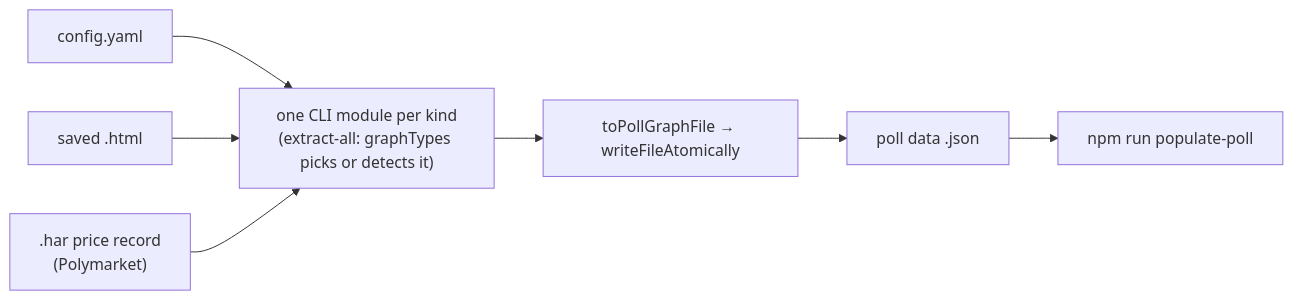
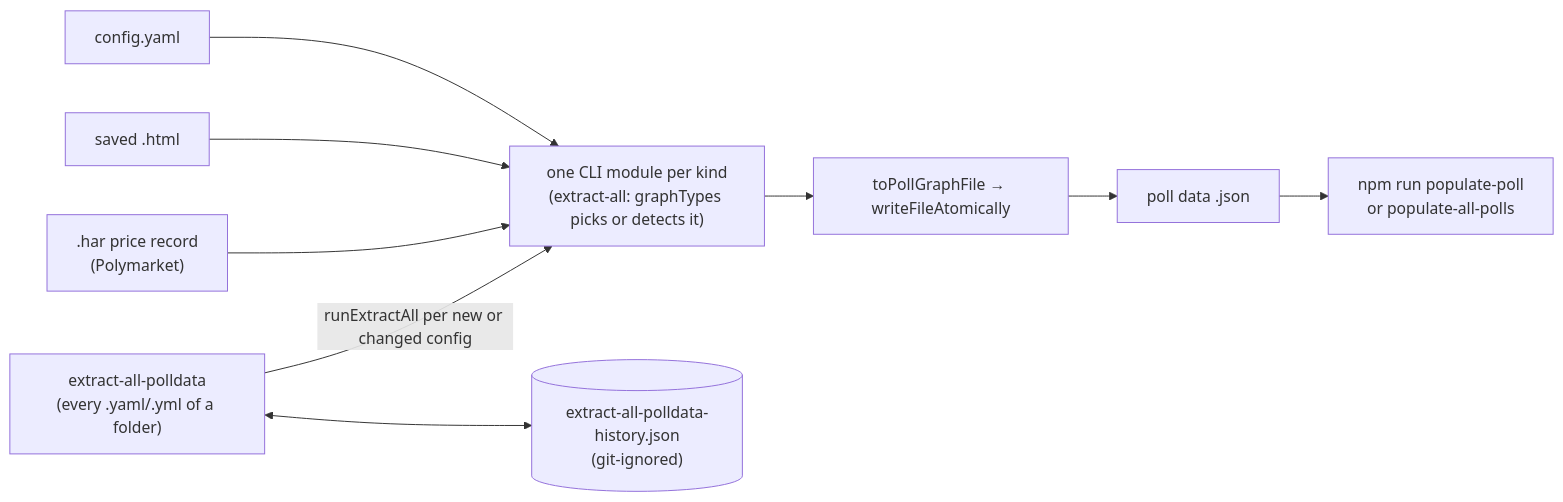
Diagram 16 of 19 in ARCHITECTURE.md (roadraceresults/crowdpoll), drawn with Mermaid before and after one commit. The commit also changed other lines of this file and 30 other files, not shown here.

First line of the commit message:
Extract all poll data: npm run extract-all-polldata, skipping unchanged configurations

````diff
--- a/ARCHITECTURE.md
+++ b/ARCHITECTURE.md
@@ -1253,8 +1254,10 @@
 ```mermaid
 flowchart LR
   Yaml["config.yaml"] --> Cli["one CLI module per kind<br/>(extract-all: graphTypes picks or detects it)"]
   Page["saved .html"] --> Cli
   Har[".har price record<br/>(Polymarket)"] --> Cli
   Cli --> File["toPollGraphFile → writeFileAtomically"]
-  File --> Json["poll data .json"] --> Populate["npm run populate-poll"]
+  File --> Json["poll data .json"] --> Populate["npm run populate-poll<br/>or populate-all-polls"]
+  Batch["extract-all-polldata<br/>(every .yaml/.yml of a folder)"] -->|"runExtractAll per new or changed config"| Cli
+  Batch <--> Hist[("extract-all-polldata-history.json<br/>(git-ignored)")]
 ```
````
